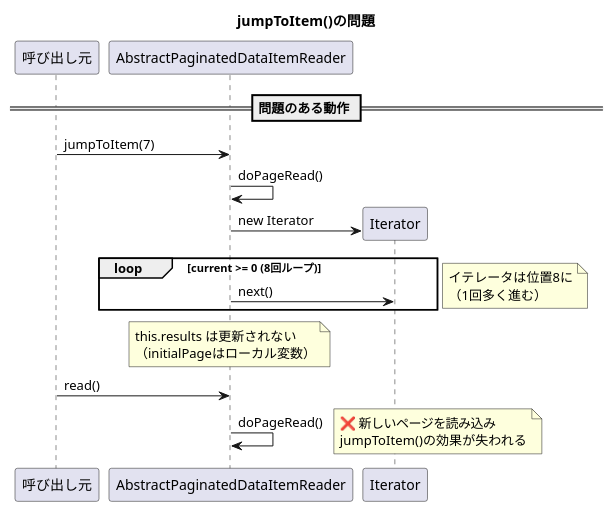
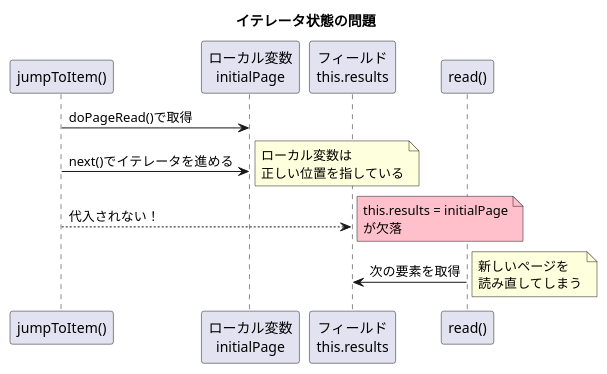
One commit to mochimoching/github_issue_translate changed the second of 2 diagrams in output/spring-batch/6.0.2/all/current/markdown/issues_summary/issue_5136.md. Above: the diagram before and after it, drawn with PlantUML. The commit also changed other lines of this file and 63 other files, not shown here.

````diff
--- a/output/spring-batch/6.0.2/all/current/markdown/issues_summary/issue_5136.md
+++ b/output/spring-batch/6.0.2/all/current/markdown/issues_summary/issue_5136.md
@@ -56,26 +42,21 @@
 ```plantuml
 @startuml
-title jumpToItem()の問題
+title イテレータ状態の問題
 
-participant "呼び出し元" as Caller
-participant "AbstractPaginatedDataItemReader" as Reader
-participant "Iterator" as Iter
+participant "jumpToItem()" as Jump
+participant "ローカル変数\ninitialPage" as Local
+participant "フィールド\nthis.results" as Field
+participant "read()" as Read
 
-== 問題のある動作 ==
+Jump -> Local: doPageRead()で取得
+Jump -> Local: next()でイテレータを進める
+note right: ローカル変数は\n正しい位置を指している
 
-Caller -> Reader: jumpToItem(7)
-Reader -> Reader: doPageRead()
-create Iter
-Reader -> Iter: new Iterator
-loop current >= 0 (8回ループ)
-    Reader -> Iter: next()
-end
-note right: イテレータは位置8に\n（1回多く進む）
-note over Reader: this.results は更新されない\n（initialPageはローカル変数）
+Jump --> Field: 代入されない！
+note right #pink: this.results = initialPage\nが欠落
 
-Caller -> Reader: read()
-Reader -> Reader: doPageRead()
-note right: ❌ 新しいページを読み込み\njumpToItem()の効果が失われる
+Read -> Field: 次の要素を取得
+note right: 新しいページを\n読み直してしまう
 
 @enduml
 ```
````
